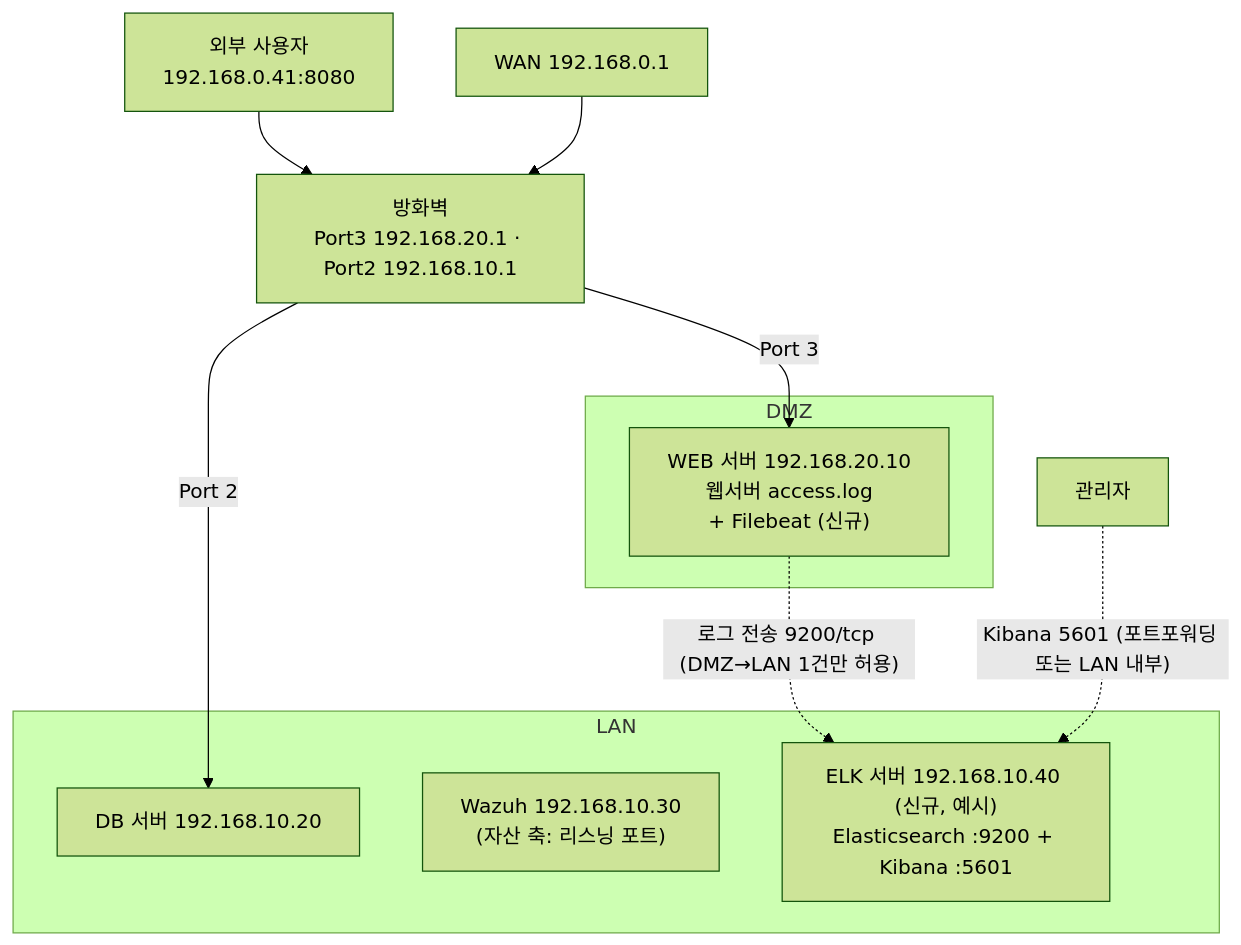
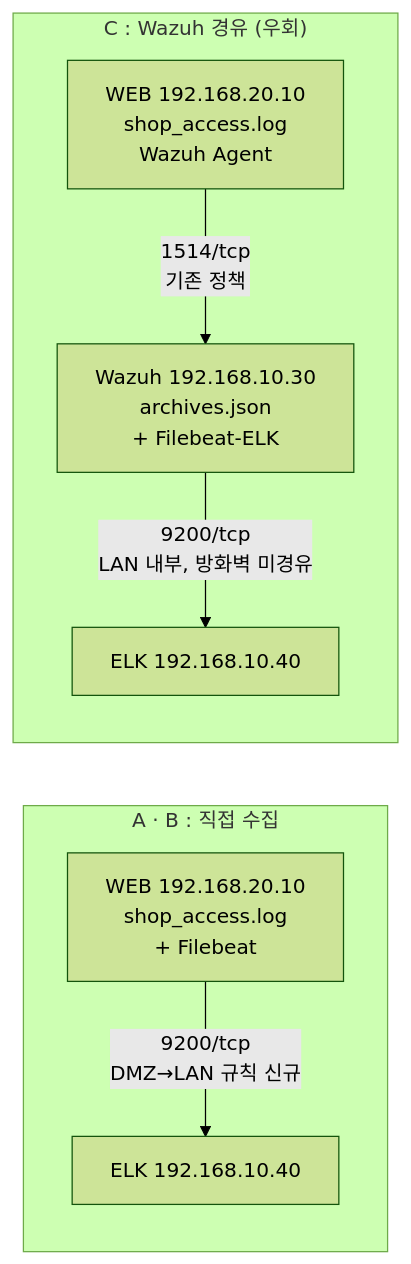
Before and after one commit to zeldaim/shadow_api_monitoring: the diagram in docs/02_ELK_구축_가이드라인.md, drawn with Mermaid (forest theme). The commit also changed other lines of this file and 7 other files, not shown here.

````diff
--- a/docs/02_ELK_구축_가이드라인.md
+++ b/docs/02_ELK_구축_가이드라인.md
@@ -11,17 +32,10 @@
 ```mermaid
-flowchart TB
-  EXT["외부 사용자<br/>192.168.0.41:8080"] --> FW
-  WAN["WAN 192.168.0.1"] --> FW["방화벽<br/>Port3 192.168.20.1 · Port2 192.168.10.1"]
-  subgraph DMZ
-    WEB["WEB 서버 192.168.20.10<br/>웹서버 access.log<br/>+ Filebeat (신규)"]
+flowchart LR
+  subgraph AB["A · B : 직접 수집"]
+    WEB1["WEB 192.168.20.10<br/>shop_access.log<br/>+ Filebeat"] -- "9200/tcp<br/>DMZ→LAN 규칙 신규" --> ELK1["ELK 192.168.10.40"]
   end
-  subgraph LAN
-    DB["DB 서버 192.168.10.20"]
-    WZ["Wazuh 192.168.10.30<br/>(자산 축: 리스닝 포트)"]
-    ELK["ELK 서버 192.168.10.40 (신규, 예시)<br/>Elasticsearch :9200 + Kibana :5601"]
+  subgraph C["C : Wazuh 경유 (우회)"]
+    WEB2["WEB 192.168.20.10<br/>shop_access.log<br/>Wazuh Agent"] -- "1514/tcp<br/>기존 정책" --> WZ["Wazuh 192.168.10.30<br/>archives.json<br/>+ Filebeat-ELK"]
+    WZ -- "9200/tcp<br/>LAN 내부, 방화벽 미경유" --> ELK2["ELK 192.168.10.40"]
   end
-  FW -- Port 3 --> WEB
-  FW -- Port 2 --> DB
-  WEB -. "로그 전송 9200/tcp (DMZ→LAN 1건만 허용)" .-> ELK
-  ADMIN["관리자"] -. "Kibana 5601 (포트포워딩 또는 LAN 내부)" .-> ELK
 ```
````
